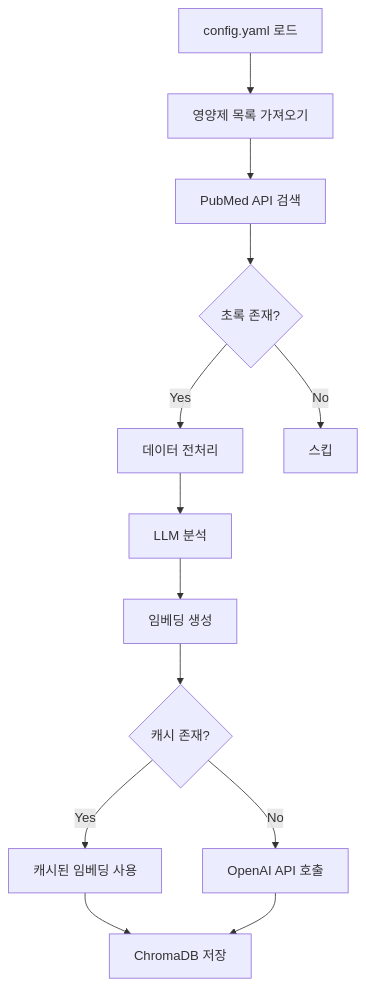
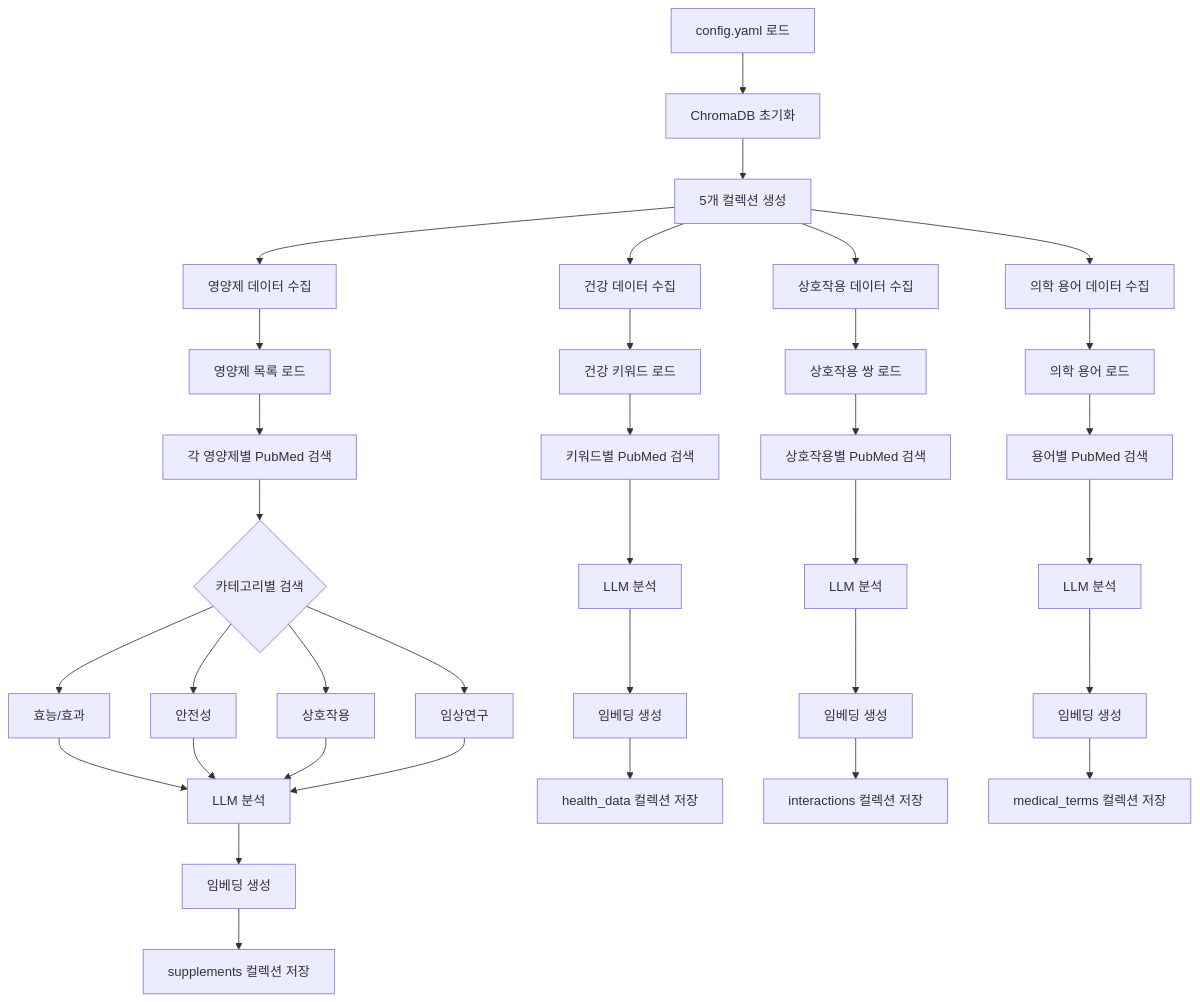
One commit to kindhabit/JERRY changed the diagram in 0_docs/embedding.md. Above: the diagram before and after it, drawn with Mermaid. The commit also changed other lines of this file and 4 other files, not shown here.

````diff
--- a/0_docs/embedding.md
+++ b/0_docs/embedding.md
@@ -34,15 +34,39 @@
 ```mermaid
 graph TD
-    A[config.yaml 로드] --> B[영양제 목록 가져오기]
-    B --> C[PubMed API 검색]
-    C --> D{초록 존재?}
-    D -->|Yes| E[데이터 전처리]
-    D -->|No| F[스킵]
-    E --> G[LLM 분석]
-    G --> H[임베딩 생성]
-    H --> I{캐시 존재?}
-    I -->|Yes| J[캐시된 임베딩 사용]
-    I -->|No| K[OpenAI API 호출]
-    J --> L[ChromaDB 저장]
-    K --> L
+    A[config.yaml 로드] --> B[ChromaDB 초기화]
+    B --> C[5개 컬렉션 생성]
+    
+    C --> D[영양제 데이터 수집]
+    C --> E[건강 데이터 수집]
+    C --> F[상호작용 데이터 수집]
+    C --> G[의학 용어 데이터 수집]
+    
+    D --> D1[영양제 목록 로드]
+    D1 --> D2[각 영양제별 PubMed 검색]
+    D2 --> D3{카테고리별 검색}
+    D3 --> D31[효능/효과]
+    D3 --> D32[안전성]
+    D3 --> D33[상호작용]
+    D3 --> D34[임상연구]
+    D31 & D32 & D33 & D34 --> D4[LLM 분석]
+    D4 --> D5[임베딩 생성]
+    D5 --> D6[supplements 컬렉션 저장]
+    
+    E --> E1[건강 키워드 로드]
+    E1 --> E2[키워드별 PubMed 검색]
+    E2 --> E3[LLM 분석]
+    E3 --> E4[임베딩 생성]
+    E4 --> E5[health_data 컬렉션 저장]
+    
+    F --> F1[상호작용 쌍 로드]
+    F1 --> F2[상호작용별 PubMed 검색]
+    F2 --> F3[LLM 분석]
+    F3 --> F4[임베딩 생성]
+    F4 --> F5[interactions 컬렉션 저장]
+    
+    G --> G1[의학 용어 로드]
+    G1 --> G2[용어별 PubMed 검색]
+    G2 --> G3[LLM 분석]
+    G3 --> G4[임베딩 생성]
+    G4 --> G5[medical_terms 컬렉션 저장]
 ```
````
